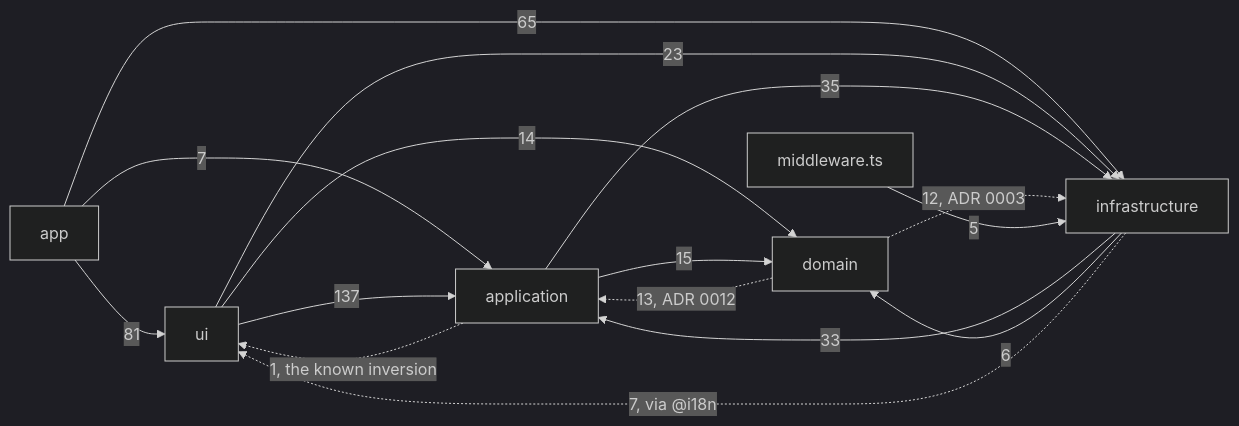
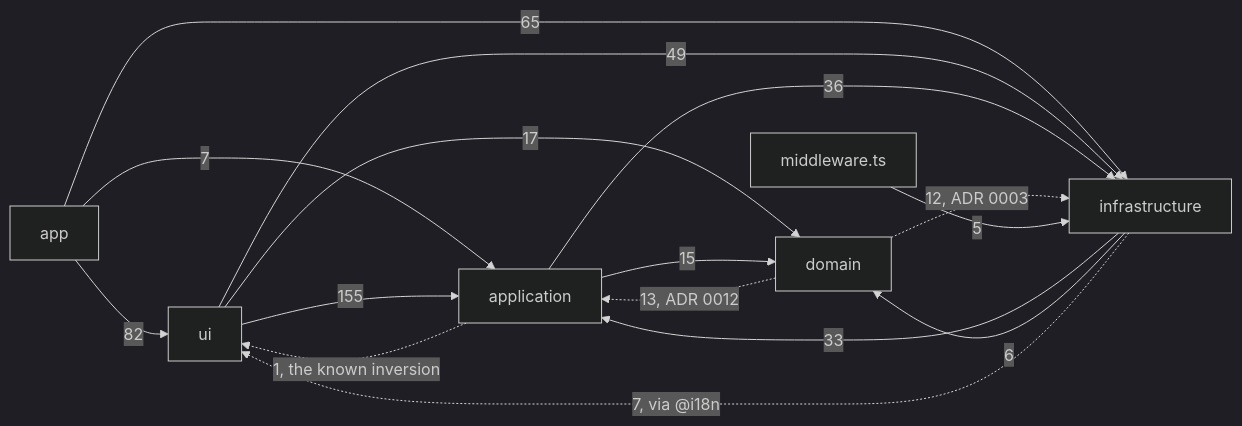
One commit to fbuireu/forever-pto changed the diagram in apps/docs/src/content/docs/architecture/overview.mdx. Above: the diagram before and after it, drawn with Mermaid (dark theme). The commit also changed other lines of this file and 120 other files, not shown here.

````diff
--- a/apps/docs/src/content/docs/architecture/overview.mdx
+++ b/apps/docs/src/content/docs/architecture/overview.mdx
@@ -47,24 +47,24 @@
 ```mermaid
 flowchart LR
   APP[app]
   UI[ui]
   APPL[application]
   DOM[domain]
   INFRA[infrastructure]
   MW[middleware.ts]
-  APP -->|81| UI
+  APP -->|82| UI
   APP -->|7| APPL
   APP -->|65| INFRA
-  UI -->|137| APPL
-  UI -->|14| DOM
-  UI -->|23| INFRA
+  UI -->|155| APPL
+  UI -->|17| DOM
+  UI -->|49| INFRA
   APPL -->|15| DOM
-  APPL -->|35| INFRA
+  APPL -->|36| INFRA
   APPL -.->|1, the known inversion| UI
   DOM -.->|13, ADR 0012| APPL
   DOM -.->|12, ADR 0003| INFRA
   INFRA -->|33| APPL
   INFRA -->|6| DOM
   INFRA -.->|7, via @i18n| UI
   MW -->|5| INFRA
 ```
````
